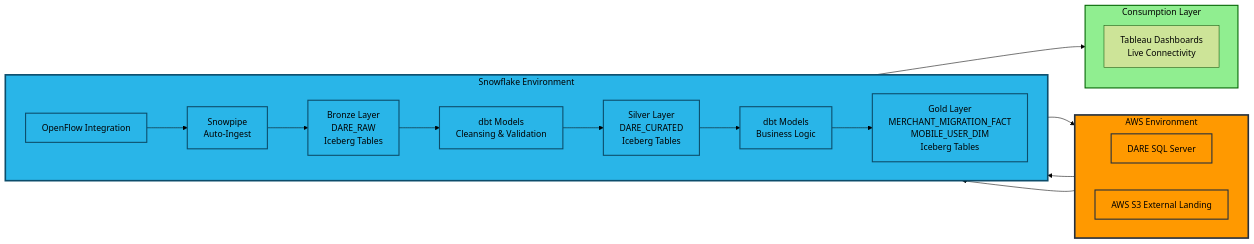
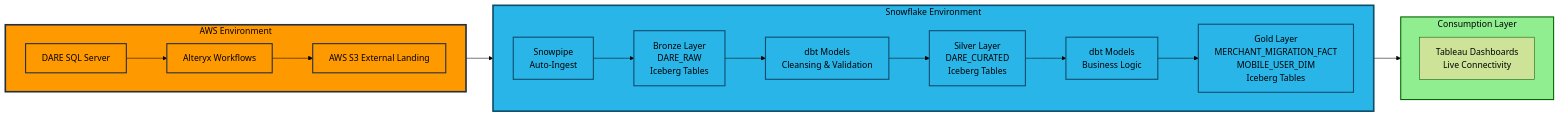
One commit to sfc-gh-mhindi/REPO_CBA changed diagram 13 of 23 in 15-BB-QPD Future State/QPD - Future State.md. Above: the diagram before and after it, drawn with Mermaid (forest theme). The commit also changed other lines of this file, not shown here.

Commit message:
Update QPD - Future State.md

````diff
--- a/15-BB-QPD Future State/QPD - Future State.md
+++ b/15-BB-QPD Future State/QPD - Future State.md
@@ -1355,49 +1355,49 @@
 ```mermaid
 graph LR
     subgraph AWS["AWS Environment"]
         direction LR
         Source2[DARE SQL Server]
+        Alteryx2[Alteryx Workflows]
         S3_2[AWS S3 External Landing]
+        
+        Source2 --> Alteryx2
+        Alteryx2 --> S3_2
     end
     
     subgraph Snowflake["Snowflake Environment"]
         direction LR
-        OpenFlow[OpenFlow Integration]
         Snowpipe2[Snowpipe<br/>Auto-Ingest]
         Bronze2[Bronze Layer<br/>DARE_RAW<br/>Iceberg Tables]
         dbt_silver[dbt Models<br/>Cleansing & Validation]
-        Silver[Silver Layer<br/>DARE_CURATED<br/>Iceberg Tables]
+        Silver2[Silver Layer<br/>DARE_CURATED<br/>Iceberg Tables]
         dbt_gold[dbt Models<br/>Business Logic]
-        Gold[Gold Layer<br/>MERCHANT_MIGRATION_FACT<br/>MOBILE_USER_DIM<br/>Iceberg Tables]
+        Gold2[Gold Layer<br/>MERCHANT_MIGRATION_FACT<br/>MOBILE_USER_DIM<br/>Iceberg Tables]
         
-        OpenFlow --> Snowpipe2
         Snowpipe2 --> Bronze2
         Bronze2 --> dbt_silver
-        dbt_silver --> Silver
-        Silver --> dbt_gold
-        dbt_gold --> Gold
+        dbt_silver --> Silver2
+        Silver2 --> dbt_gold
+        dbt_gold --> Gold2
     end
     
     subgraph Consumption2["Consumption Layer"]
         direction TB
         Tableau2[Tableau Dashboards<br/>Live Connectivity]
     end
     
-    Source2 --> OpenFlow
-    OpenFlow --> S3_2
     S3_2 --> Snowpipe2
-    Gold --> Tableau2
+    Gold2 --> Tableau2
     
     style AWS fill:#ff9900,stroke:#232f3e,stroke-width:3px,color:#000
     style Snowflake fill:#29b5e8,stroke:#0c4d6b,stroke-width:3px,color:#000
     style Consumption2 fill:#90ee90,stroke:#006400,stroke-width:2px,color:#000
     style Source2 fill:#ff9900,stroke:#232f3e,stroke-width:2px,color:#000
+    style Alteryx2 fill:#ff9900,stroke:#232f3e,stroke-width:2px,color:#000
     style S3_2 fill:#ff9900,stroke:#232f3e,stroke-width:2px,color:#000
-    style OpenFlow fill:#29b5e8,stroke:#0c4d6b,stroke-width:2px,color:#000
     style Snowpipe2 fill:#29b5e8,stroke:#0c4d6b,stroke-width:2px,color:#000
     style Bronze2 fill:#29b5e8,stroke:#0c4d6b,stroke-width:2px,color:#000
     style dbt_silver fill:#29b5e8,stroke:#0c4d6b,stroke-width:2px,color:#000
-    style Silver fill:#29b5e8,stroke:#0c4d6b,stroke-width:2px,color:#000
+    style Silver2 fill:#29b5e8,stroke:#0c4d6b,stroke-width:2px,color:#000
     style dbt_gold fill:#29b5e8,stroke:#0c4d6b,stroke-width:2px,color:#000
-    style Gold fill:#29b5e8,stroke:#0c4d6b,stroke-width:2px,color:#000
+    style Gold2 fill:#29b5e8,stroke:#0c4d6b,stroke-width:2px,color:#000
 ```
````
